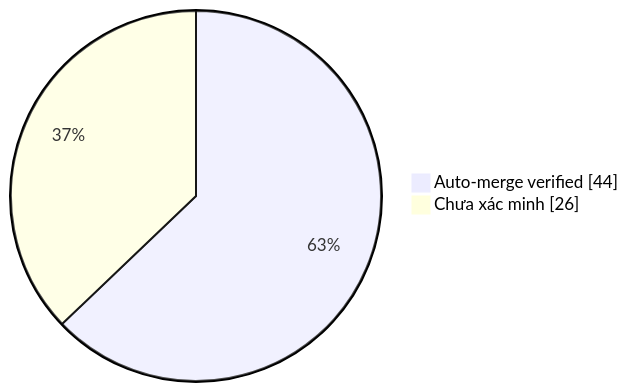
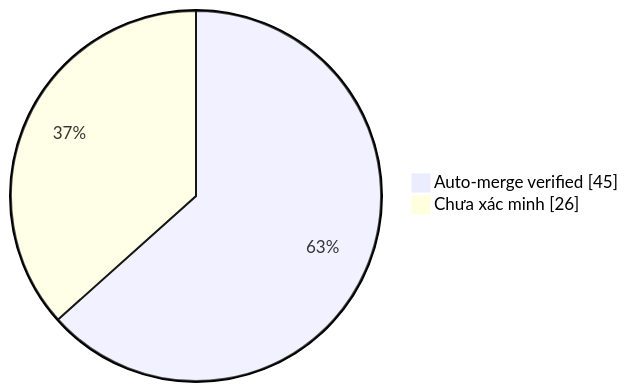
Before and after one commit to duykhang68/tetdinhmuiblog: the diagram in collector.md, drawn with Mermaid. The commit also changed other lines of this file and 1 other file, not shown here.

Commit message:
docs(collector): update auto-merge evidence dashboard

````diff
--- a/collector.md
+++ b/collector.md
@@ -22,5 +22,5 @@
 ```mermaid
 pie showData
-    "Auto-merge verified" : 44
+    "Auto-merge verified" : 45
     "Chưa xác minh" : 26
 ```
````
